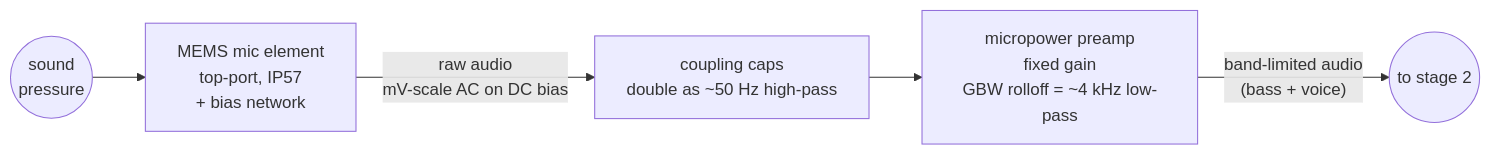
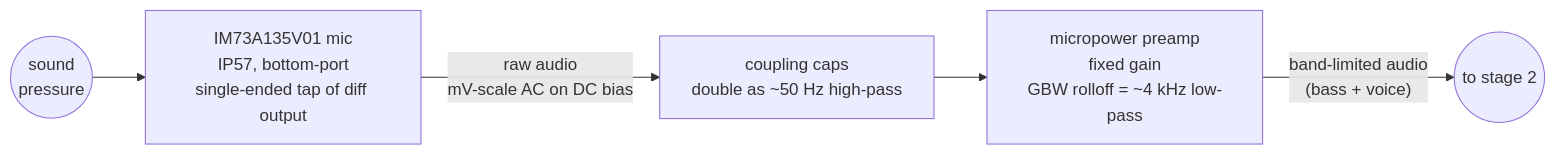
Before and after one commit to zackees/soundwake: the third of 6 diagrams in README.md, drawn with Mermaid. The commit also changed other lines of this file, not shown here.

Commit message:
docs: select IM73A135V01 mic candidate and draft current budget (#11)

````diff
--- a/README.md
+++ b/README.md
@@ -118,7 +121,7 @@
 ```mermaid
 flowchart LR
-    SPL(("sound<br/>pressure")) --> MIC["MEMS mic element<br/>top-port, IP57<br/>+ bias network"]
+    SPL(("sound<br/>pressure")) --> MIC["IM73A135V01 mic<br/>IP57, bottom-port<br/>single-ended tap of diff output"]
     MIC -->|"raw audio<br/>mV-scale AC on DC bias"| ACC["coupling caps<br/>double as ~50 Hz high-pass"]
     ACC --> PRE["micropower preamp<br/>fixed gain<br/>GBW rolloff = ~4 kHz low-pass"]
     PRE -->|"band-limited audio<br/>(bass + voice)"| S1OUT(("to stage 2"))
 ```
````
